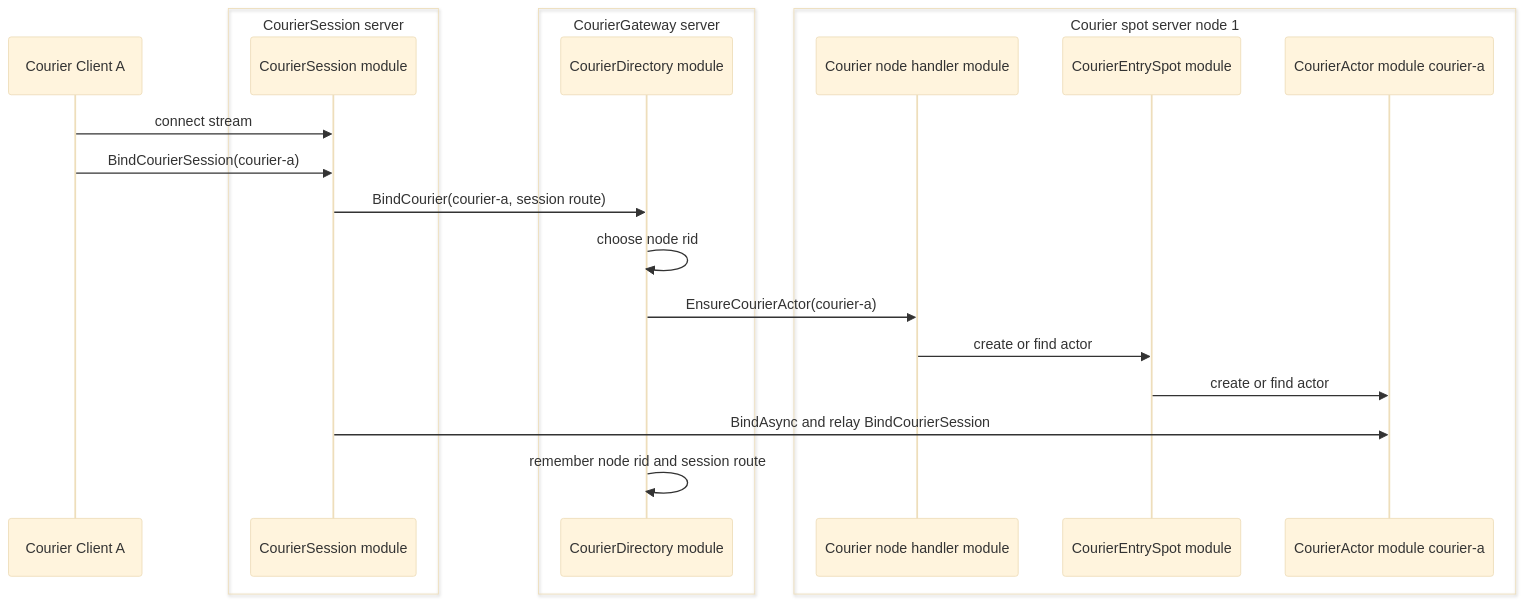
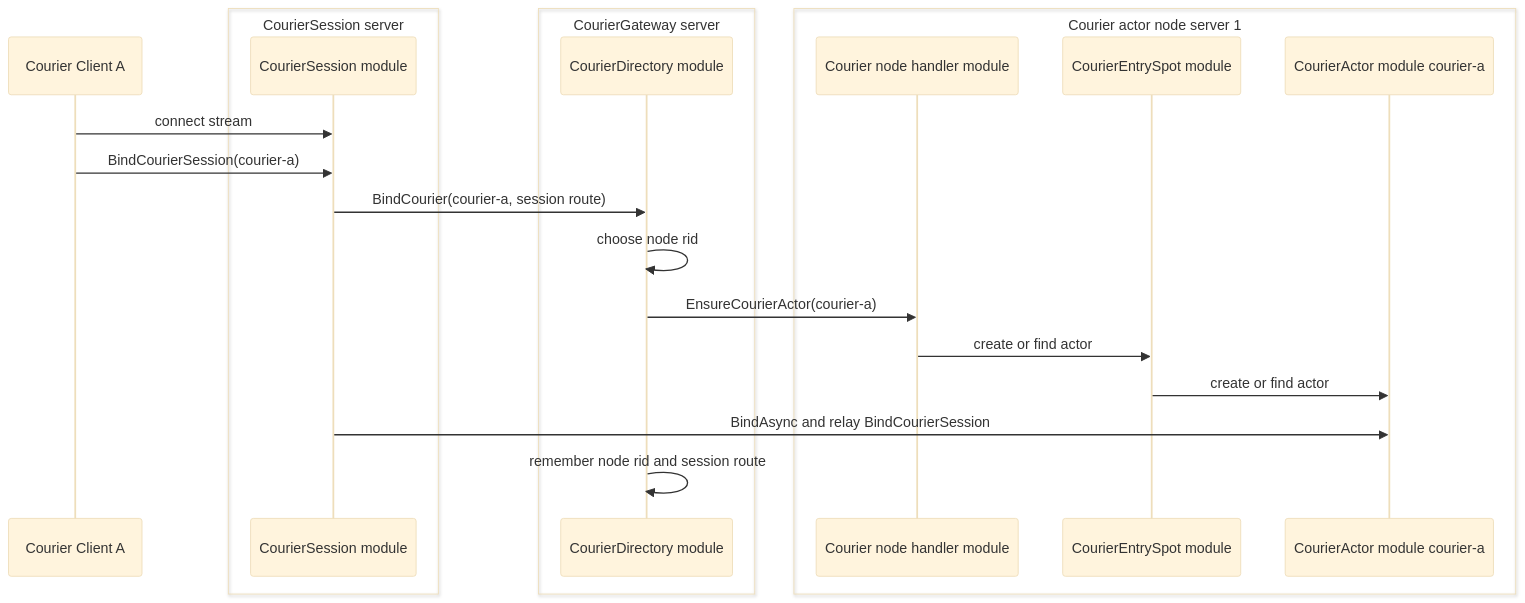
Before and after one commit to kairos-code-dev/zlink: the third of 4 diagrams in framework/languages/dotnet/samples/DeliveryDispatch/README.ko.md, drawn with Mermaid (base theme). The commit also changed other lines of this file and 18 other files, not shown here.

Commit message:
Rename DeliveryDispatch courier actor node

````diff
--- a/framework/languages/dotnet/samples/DeliveryDispatch/README.ko.md
+++ b/framework/languages/dotnet/samples/DeliveryDispatch/README.ko.md
@@ -251,28 +251,28 @@
 ```mermaid
 sequenceDiagram
     participant CourierClient as Courier Client A
 
     box CourierSession server
         participant CourierSession as CourierSession module
     end
 
     box CourierGateway server
         participant CourierDirectory as CourierDirectory module
     end
 
-    box Courier spot server node 1
+    box Courier actor node server 1
         participant CourierRoute as Courier node handler module
         participant CourierEntry as CourierEntrySpot module
         participant CourierActor as CourierActor module courier-a
     end
 
     CourierClient->>CourierSession: connect stream
     CourierClient->>CourierSession: BindCourierSession(courier-a)
     CourierSession->>CourierDirectory: BindCourier(courier-a, session route)
     CourierDirectory->>CourierDirectory: choose node rid
     CourierDirectory->>CourierRoute: EnsureCourierActor(courier-a)
     CourierRoute->>CourierEntry: create or find actor
     CourierEntry->>CourierActor: create or find actor
     CourierSession->>CourierActor: BindAsync and relay BindCourierSession
     CourierDirectory->>CourierDirectory: remember node rid and session route
 ```
````
